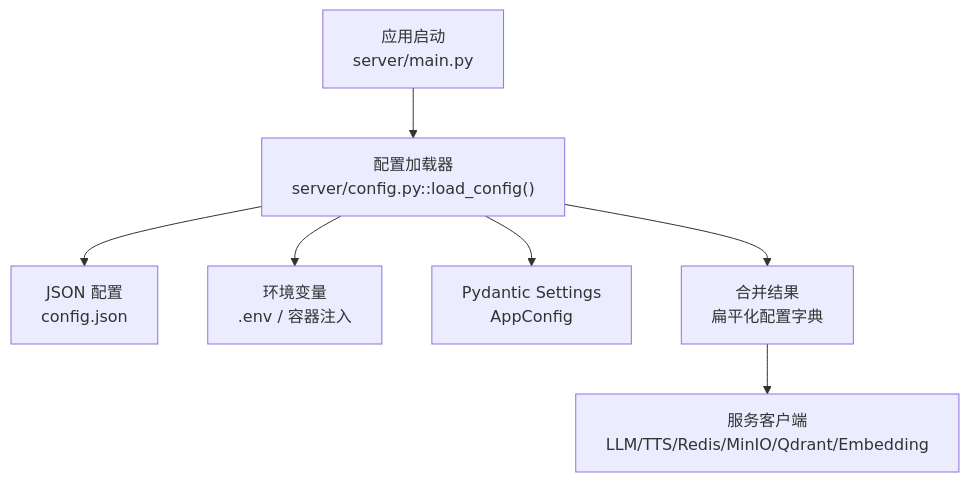
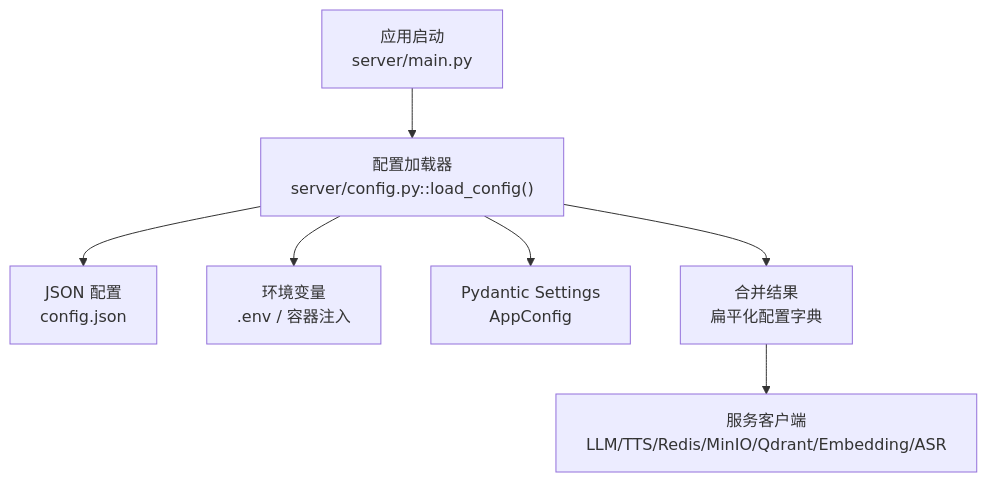
Before and after one commit to leo21cn/real-time-talk: the first of 4 diagrams in .qoder/repowiki/zh/content/配置与部署/配置管理系统.md, drawn with Mermaid. The commit also changed other lines of this file and 9 other files, not shown here.

````diff
--- a/.qoder/repowiki/zh/content/配置与部署/配置管理系统.md
+++ b/.qoder/repowiki/zh/content/配置与部署/配置管理系统.md
@@ -40,9 +50,9 @@
 ```mermaid
 graph TB
 A["应用启动<br/>server/main.py"] --> B["配置加载器<br/>server/config.py::load_config()"]
 B --> C["JSON 配置<br/>config.json"]
 B --> D["环境变量<br/>.env / 容器注入"]
 B --> E["Pydantic Settings<br/>AppConfig"]
 B --> F["合并结果<br/>扁平化配置字典"]
-F --> G["服务客户端<br/>LLM/TTS/Redis/MinIO/Qdrant/Embedding"]
+F --> G["服务客户端<br/>LLM/TTS/Redis/MinIO/Qdrant/Embedding/ASR"]
 ```
````
